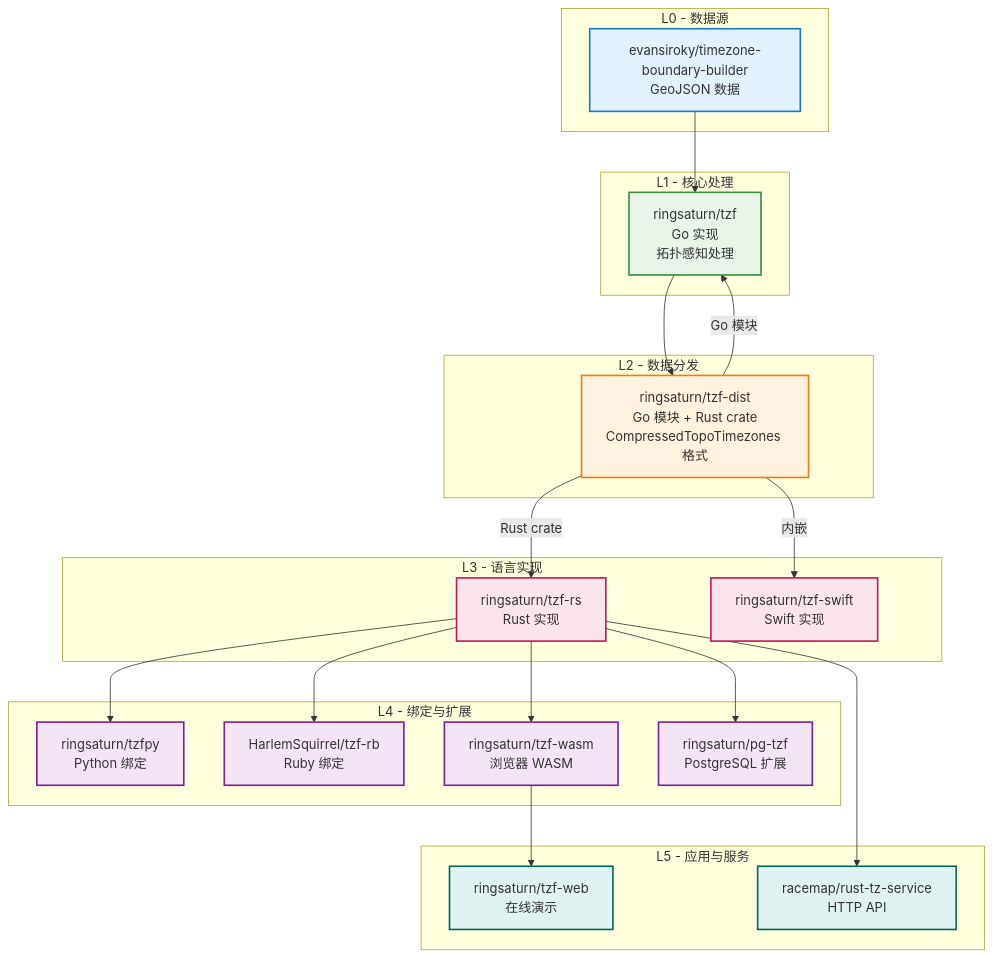
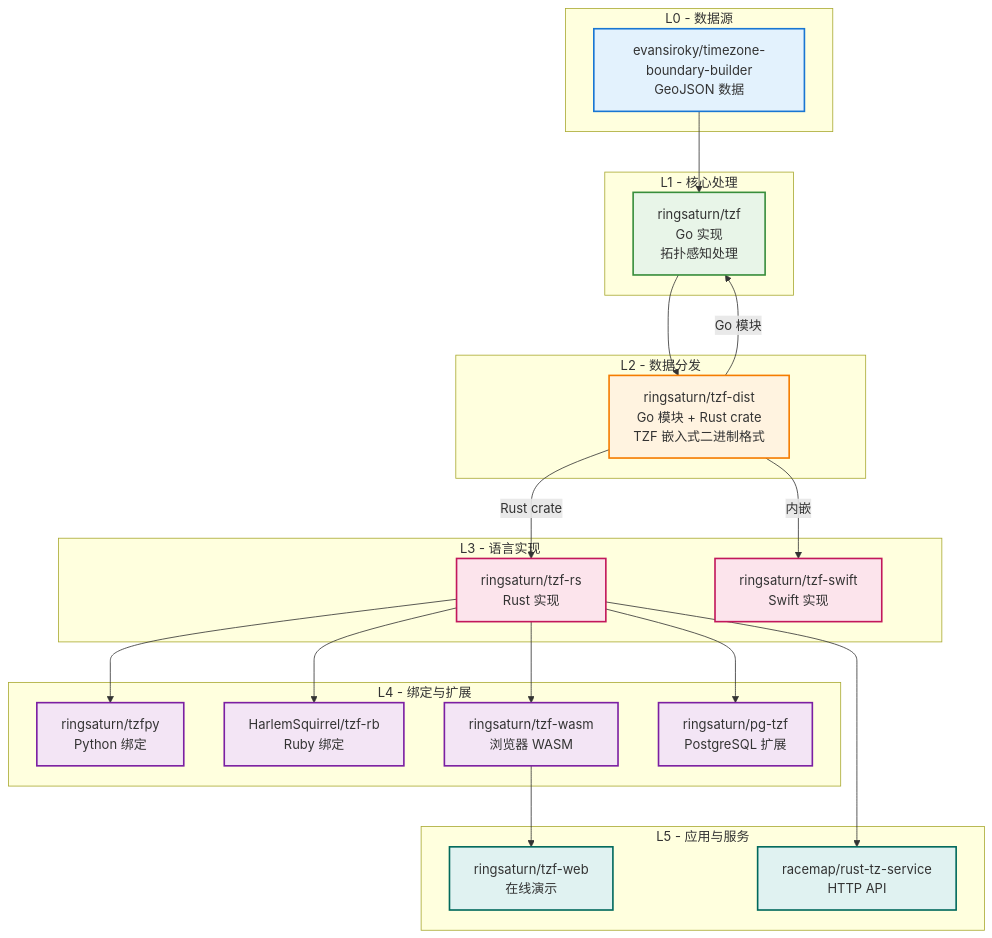
Before and after one commit to ringsaturn/project-tzf: the diagram in content/docs/reference/ecosystem.zh-cn.md, drawn with Mermaid. The commit also changed other lines of this file and 45 other files, not shown here.

````diff
--- a/content/docs/reference/ecosystem.zh-cn.md
+++ b/content/docs/reference/ecosystem.zh-cn.md
@@ -16,72 +16,72 @@
 ```mermaid
 %%{init: {"flowchart": {"htmlLabels": true}, "theme": "default"}}%%
 graph TD
     %% L0 - 数据源
     subgraph L0["L0 - 数据源"]
         GeoJSON[evansiroky/timezone-boundary-builder<br/>GeoJSON 数据]
     end
 
     %% L1 - 核心处理
     subgraph L1["L1 - 核心处理"]
         TZF[ringsaturn/tzf<br/>Go 实现<br/>拓扑感知处理]
     end
 
     %% L2 - 数据分发
     subgraph L2["L2 - 数据分发"]
-        TZF_DIST[ringsaturn/tzf-dist<br/>Go 模块 + Rust crate<br/>CompressedTopoTimezones 格式]
+        TZF_DIST[ringsaturn/tzf-dist<br/>Go 模块 + Rust crate<br/>TZF 嵌入式二进制格式]
     end
 
     %% L3 - 语言实现
     subgraph L3["L3 - 语言实现"]
         TZF_RS[ringsaturn/tzf-rs<br/>Rust 实现]
         TZF_SWIFT[ringsaturn/tzf-swift<br/>Swift 实现]
     end
 
     %% L4 - 语言绑定与扩展
     subgraph L4["L4 - 绑定与扩展"]
         TZFPY[ringsaturn/tzfpy<br/>Python 绑定]
         TZF_RB[HarlemSquirrel/tzf-rb<br/>Ruby 绑定]
         TZF_WASM[ringsaturn/tzf-wasm<br/>浏览器 WASM]
         PG_TZF[ringsaturn/pg-tzf<br/>PostgreSQL 扩展]
     end
 
     %% L5 - 应用与服务
     subgraph L5["L5 - 应用与服务"]
         TZF_WEB[ringsaturn/tzf-web<br/>在线演示]
         RUST_TZ_SERVICE[racemap/rust-tz-service<br/>HTTP API]
     end
 
     %% 数据流
     GeoJSON --> TZF
     TZF --> TZF_DIST
 
     %% Go 直接使用 tzf-dist
     TZF_DIST --> |Go 模块| TZF
     TZF_DIST --> |Rust crate| TZF_RS
     TZF_DIST --> |内嵌| TZF_SWIFT
 
     %% Rust 生态
     TZF_RS --> TZFPY
     TZF_RS --> TZF_RB
     TZF_RS --> TZF_WASM
     TZF_RS --> PG_TZF
     TZF_RS --> RUST_TZ_SERVICE
 
     %% Web 应用
     TZF_WASM --> TZF_WEB
 
     %% 样式
     classDef l0 fill:#e3f2fd,stroke:#1976d2,stroke-width:2px
     classDef l1 fill:#e8f5e8,stroke:#388e3c,stroke-width:2px
     classDef l2 fill:#fff3e0,stroke:#f57c00,stroke-width:2px
     classDef l3 fill:#fce4ec,stroke:#c2185b,stroke-width:2px
     classDef l4 fill:#f3e5f5,stroke:#7b1fa2,stroke-width:2px
     classDef l5 fill:#e0f2f1,stroke:#00695c,stroke-width:2px
 
     class GeoJSON l0
     class TZF l1
     class TZF_DIST l2
     class TZF_RS,TZF_SWIFT l3
     class TZFPY,TZF_RB,TZF_WASM,PG_TZF l4
     class TZF_WEB,RUST_TZ_SERVICE l5
 ```
````
